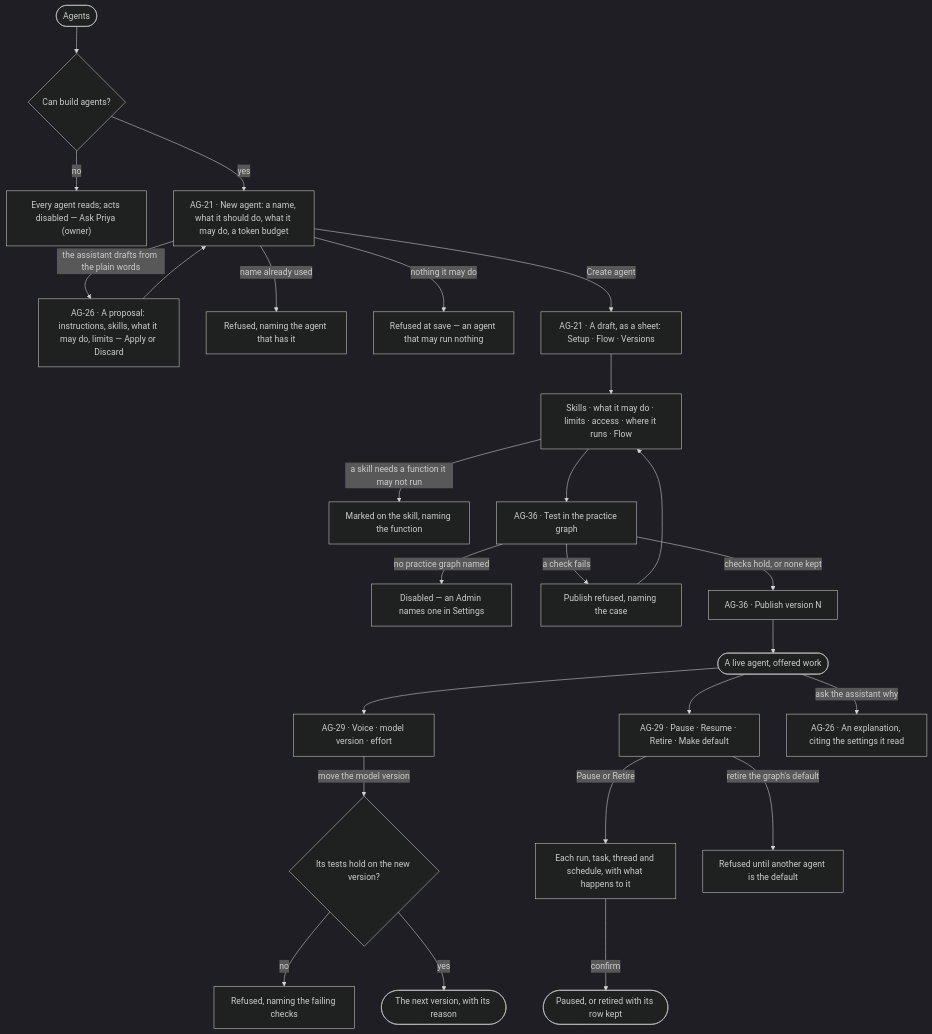
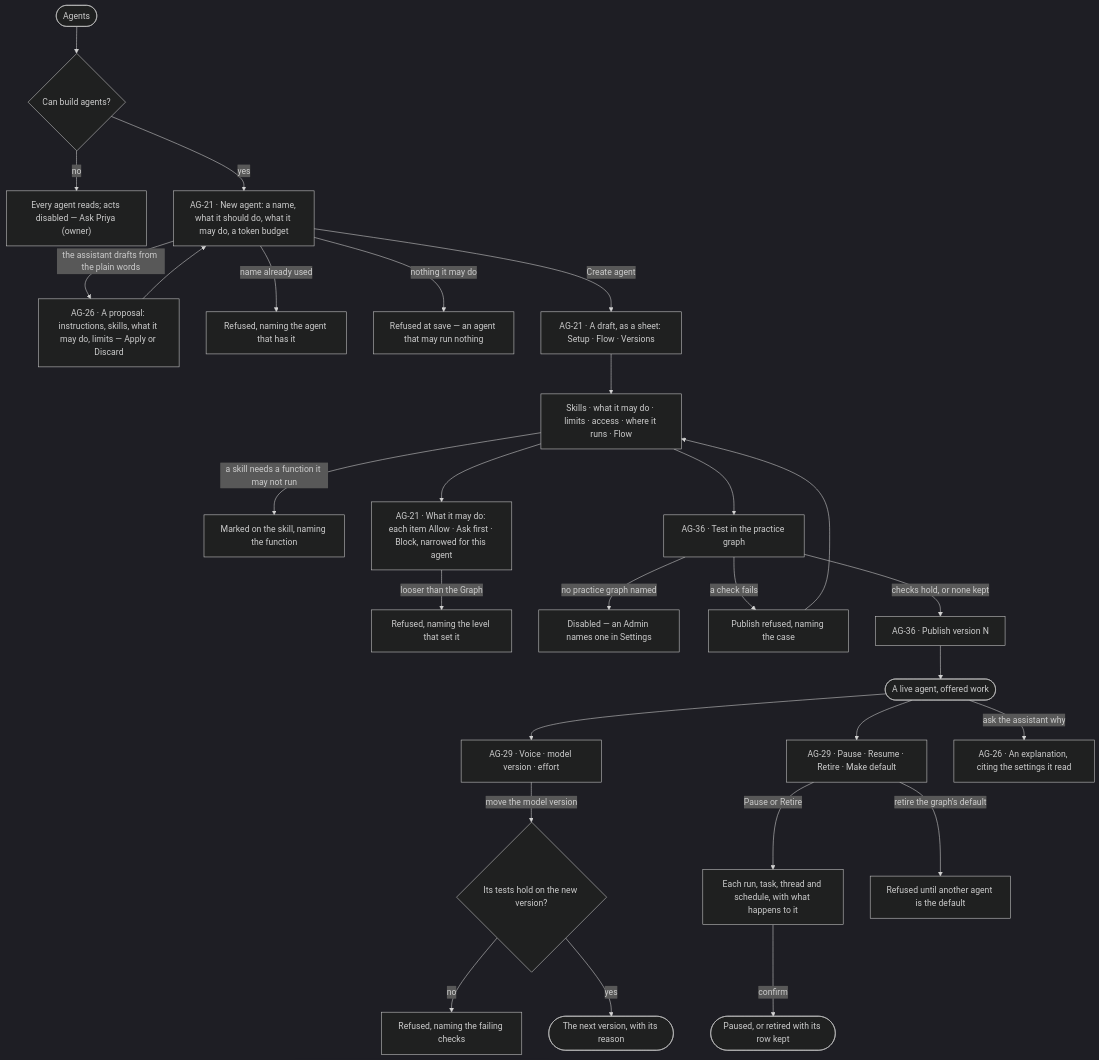
One commit to invana/invana changed the first of 2 diagrams in specs/products/agents/features/AG-F01-build-an-agent/feature.md. Above: the diagram before and after it, drawn with Mermaid (dark theme). The commit also changed other lines of this file and 31 other files, not shown here.

First line of the commit message:
docs: agents act only as far as the person allows — Allow · Ask first · Block

````diff
--- a/specs/products/agents/features/AG-F01-build-an-agent/feature.md
+++ b/specs/products/agents/features/AG-F01-build-an-agent/feature.md
@@ -24,27 +24,29 @@
 ```mermaid
 flowchart TD
   start([Agents]) --> may{Can build agents?}
   may -->|no| ro["Every agent reads; acts disabled — Ask Priya (owner)"]
   may -->|yes| new["AG-21 · New agent: a name, what it should do, what it may do, a token budget"]
   new -->|the assistant drafts from the plain words| as["AG-26 · A proposal: instructions, skills, what it may do, limits — Apply or Discard"]
   as --> new
   new -->|name already used| nx["Refused, naming the agent that has it"]
   new -->|nothing it may do| nx2["Refused at save — an agent that may run nothing"]
   new -->|Create agent| draft["AG-21 · A draft, as a sheet: Setup · Flow · Versions"]
   draft --> setup["Skills · what it may do · limits · access · where it runs · Flow"]
   setup -->|a skill needs a function it may not run| mark["Marked on the skill, naming the function"]
+  setup --> modes["AG-21 · What it may do: each item Allow · Ask first · Block, narrowed for this agent"]
+  modes -->|looser than the Graph| mx["Refused, naming the level that set it"]
   setup --> test["AG-36 · Test in the practice graph"]
   test -->|no practice graph named| tx["Disabled — an Admin names one in Settings"]
   test -->|a check fails| tf["Publish refused, naming the case"] --> setup
   test -->|checks hold, or none kept| pub["AG-36 · Publish version N"]
   pub --> live([A live agent, offered work])
   live --> tune["AG-29 · Voice · model version · effort"]
   tune -->|move the model version| ev{Its tests hold on the new version?}
   ev -->|no| evx["Refused, naming the failing checks"]
   ev -->|yes| v2(["The next version, with its reason"])
   live --> life["AG-29 · Pause · Resume · Retire · Make default"]
   life -->|Pause or Retire| prev["Each run, task, thread and schedule, with what happens to it"]
   prev -->|confirm| done([Paused, or retired with its row kept])
   life -->|retire the graph's default| dx["Refused until another agent is the default"]
   live -->|ask the assistant why| as2["AG-26 · An explanation, citing the settings it read"]
 ```
````
